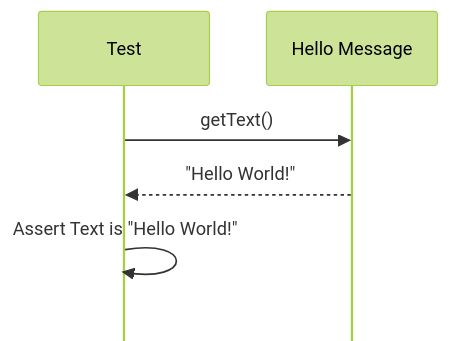
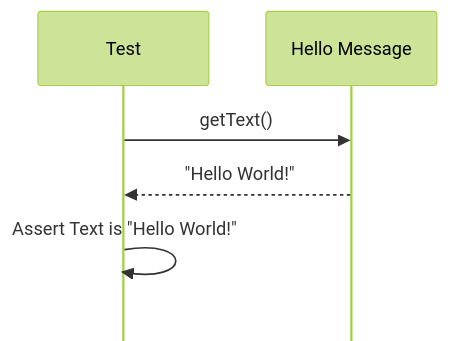
One commit to rogervinas/tests-everywhere changed the second of 3 diagrams in README.md. Above: the diagram before and after it, drawn with Mermaid (forest theme). The commit also changed other lines of this file, not shown here.

Commit message:
More margin

````diff
--- a/README.md
+++ b/README.md
@@ -22,13 +22,13 @@
 ```mermaid
 ---
 config:
-    diagramMarginX: 20
+    diagramMarginX: 30
     mirrorActors: false
 ---
 sequenceDiagram
   participant Test
   participant HelloMessage as Hello Message
   Test ->> HelloMessage: getText()
   HelloMessage -->> Test: "Hello World!"
   Test ->> Test: Assert Text is "Hello World!"
 ```
````
